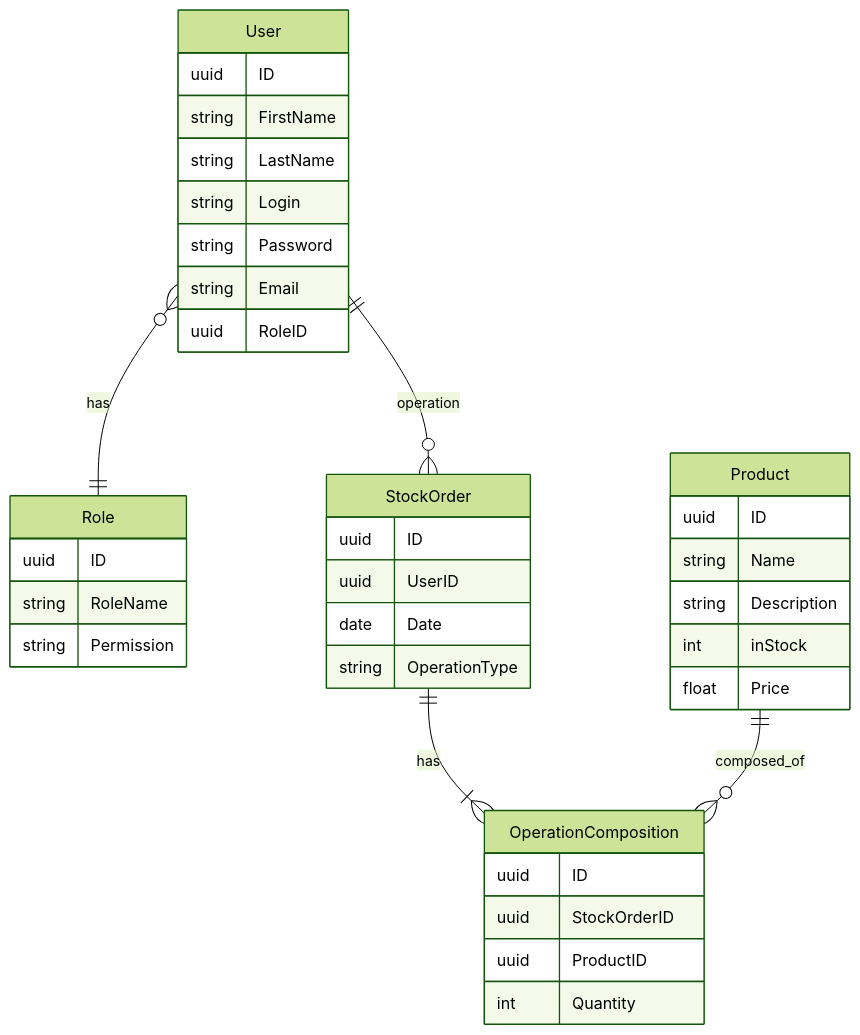
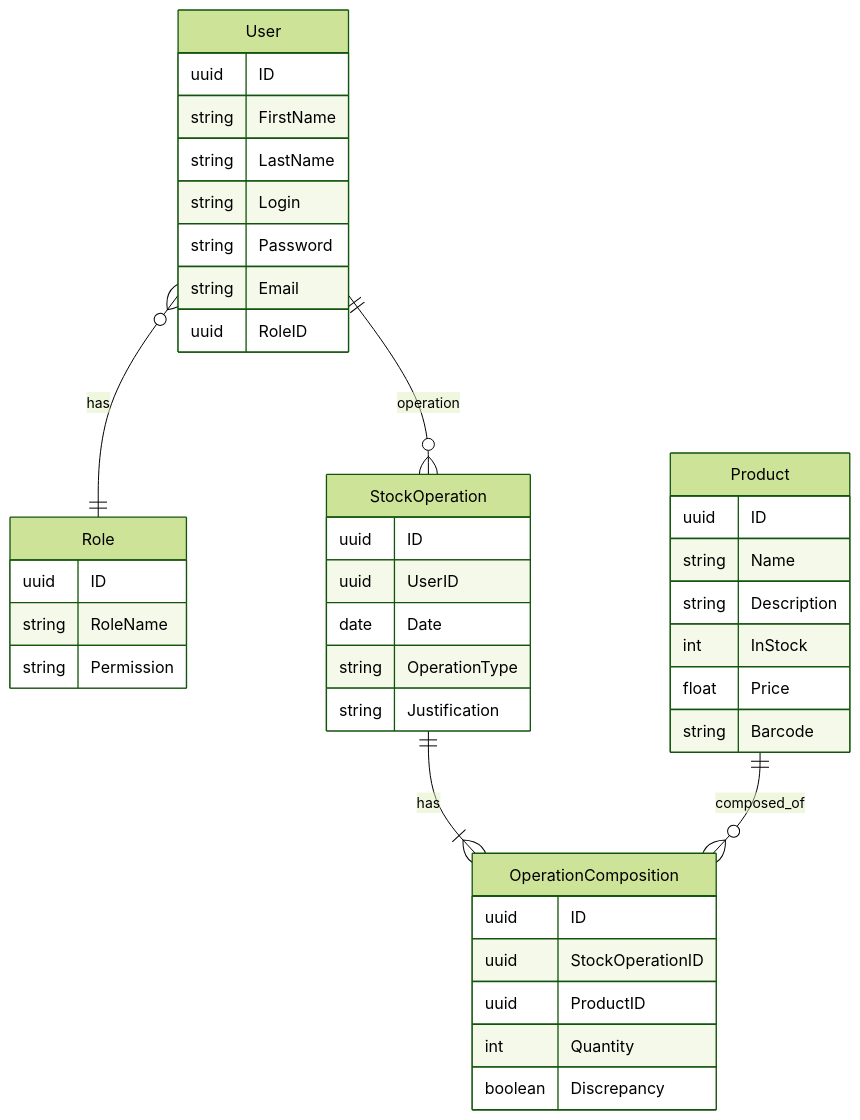
Before and after one commit to PortnovAlex80/node_js_pro: the fourth of 11 diagrams in README.md, drawn with Mermaid (forest theme). The commit also changed other lines of this file, not shown here.

````diff
--- a/README.md
+++ b/README.md
@@ -466,47 +475,50 @@
 ```mermaid
 erDiagram
 
     User }o--|| Role : has
         
     User {
         uuid ID
         string FirstName
         string LastName
         string Login
         string Password
         string Email
         uuid RoleID
     }
     
     Role {
         uuid ID
         string RoleName
         string Permission
     }
     
-    User ||--o{ StockOrder : operation	  
-    StockOrder ||--|{ OperationComposition : has
+    User ||--o{ StockOperation : operation	  
+    StockOperation ||--|{ OperationComposition : has
     Product ||--o{ OperationComposition : composed_of
     
-    StockOrder {
+    StockOperation {
         uuid ID
         uuid UserID
         date Date
         string OperationType
+        string Justification
     }
     
     Product {
         uuid ID
         string Name
         string Description
-        int inStock
+        int InStock
         float Price
+        string Barcode
     }
     
     OperationComposition {
         uuid ID
-        uuid StockOrderID
+        uuid StockOperationID
         uuid ProductID
         int Quantity
+        boolean Discrepancy
     }
 ```
````
